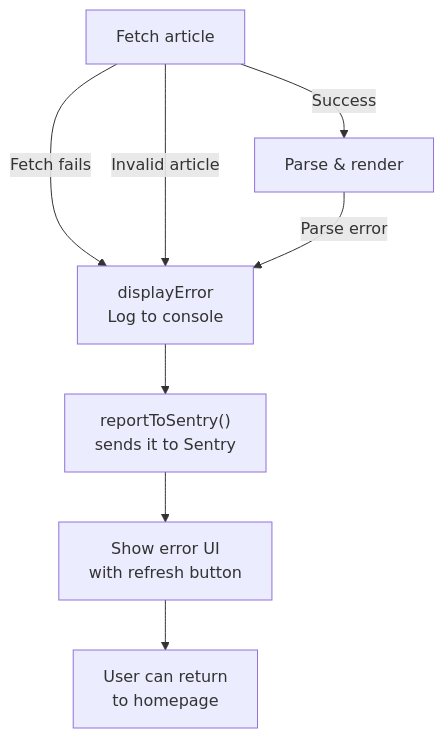
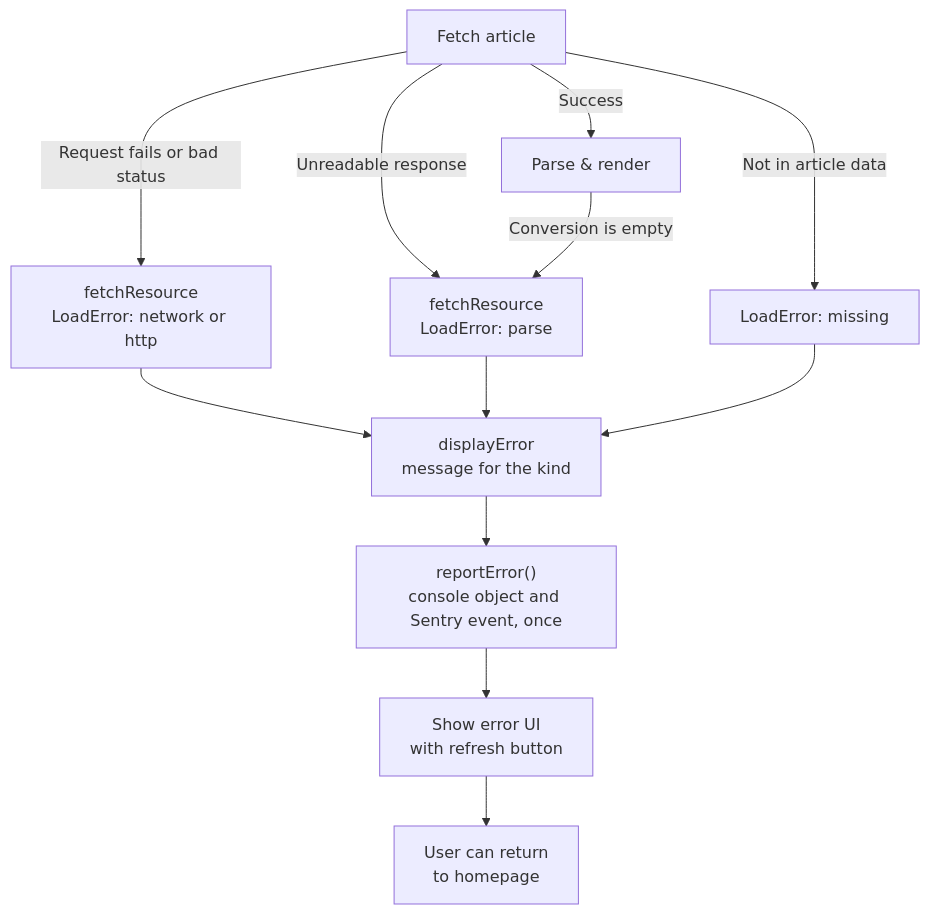
The fourth of 5 diagrams in docs/architecture/data-flow.md (AlexJSully/Small-Dev-Talk), drawn with Mermaid before and after one commit. The commit also changed other lines of this file and 8 other files, not shown here.

First line of the commit message:
Show helpful error messages and report errors with context (#85)

````diff
--- a/docs/architecture/data-flow.md
+++ b/docs/architecture/data-flow.md
@@ -171,12 +183,16 @@
 ```mermaid
 flowchart TD
     accTitle: Error handling flow
-    accDescr: A failed or invalid fetch, or a parse error, calls displayError, which logs to the console and reports to Sentry, then shows an error UI with a refresh button and lets the user return to the homepage.
-    A["Fetch article"] -->|Success| B["Parse & render"]
-    A -->|Fetch fails| C["displayError<br/>Log to console"]
-    A -->|Invalid article| C
-    B -->|Parse error| C
-    C --> D["reportToSentry()<br/>sends it to Sentry"]
-    D --> E["Show error UI<br/>with refresh button"]
-    E --> F["User can return<br/>to homepage"]
+    accDescr: A failed or invalid fetch, a parse error, or a missing article becomes a LoadError with a kind. displayError passes it to reportError, which logs it to the console and reports it to Sentry once, then shows the message for the kind with a refresh button and lets the user return to the homepage.
+    A["Fetch article"] -->|Request fails or bad status| B["fetchResource<br/>LoadError: network or http"]
+    A -->|Unreadable response| B2["fetchResource<br/>LoadError: parse"]
+    A -->|Not in article data| B3["LoadError: missing"]
+    A -->|Success| C["Parse & render"]
+    C -->|Conversion is empty| B2
+    B --> D["displayError<br/>message for the kind"]
+    B2 --> D
+    B3 --> D
+    D --> E["reportError()<br/>console object and Sentry event, once"]
+    E --> F["Show error UI<br/>with refresh button"]
+    F --> G["User can return<br/>to homepage"]
 ```
````
